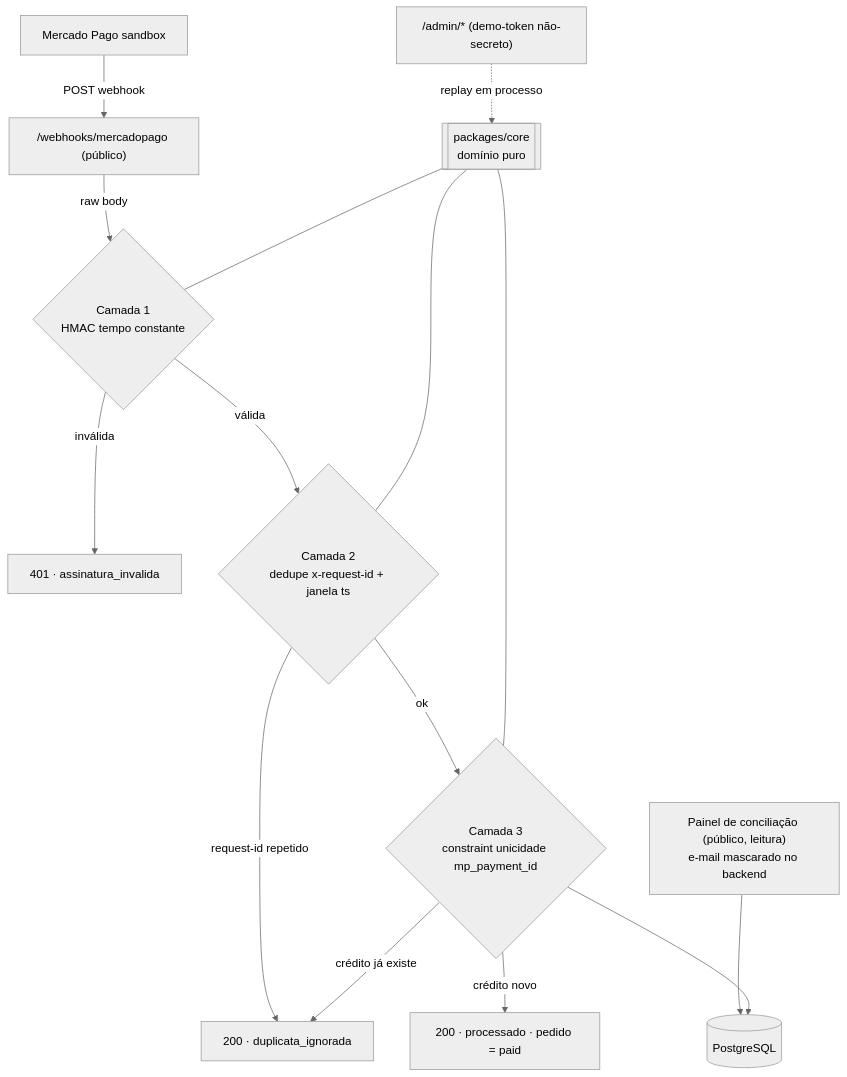
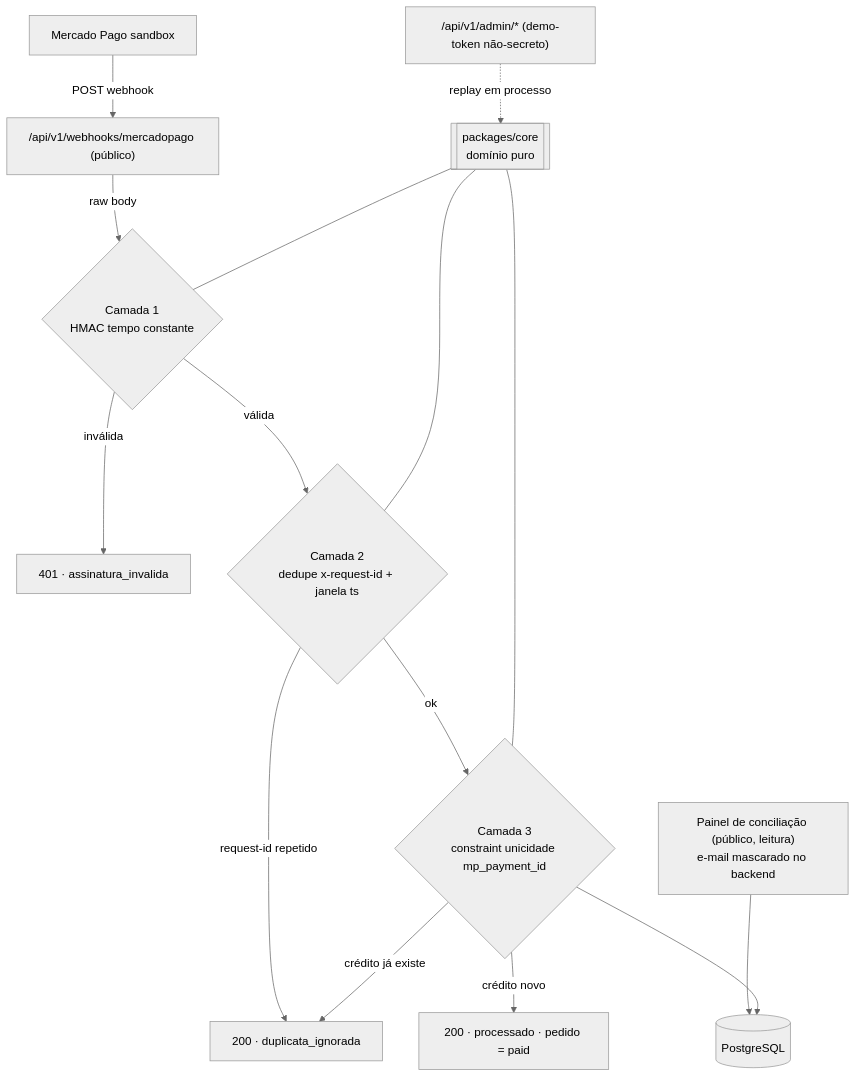
Before and after one commit to LayonVolsi/pix-live: the diagram in README.md, drawn with Mermaid (neutral theme). The commit also changed other lines of this file, not shown here.

````diff
--- a/README.md
+++ b/README.md
@@ -106,16 +106,16 @@
 ```mermaid
 flowchart TD
-    MP[Mercado Pago sandbox] -->|POST webhook| WH["/webhooks/mercadopago (público)"]
+    MP[Mercado Pago sandbox] -->|POST webhook| WH["/api/v1/webhooks/mercadopago (público)"]
     WH -->|raw body| L1{"Camada 1<br/>HMAC tempo constante"}
     L1 -->|inválida| R401[401 · assinatura_invalida]
     L1 -->|válida| L2{"Camada 2<br/>dedupe x-request-id + janela ts"}
     L2 -->|request-id repetido| DUP[200 · duplicata_ignorada]
     L2 -->|ok| L3{"Camada 3<br/>constraint unicidade mp_payment_id"}
     L3 -->|crédito já existe| DUP
     L3 -->|crédito novo| OK[200 · processado · pedido = paid]
 
-    ADMIN["/admin/* (demo-token não-secreto)"] -.->|replay em processo| CORE[["packages/core<br/>domínio puro"]]
+    ADMIN["/api/v1/admin/* (demo-token não-secreto)"] -.->|replay em processo| CORE[["packages/core<br/>domínio puro"]]
     CORE --- L1 & L2 & L3
     PANEL["Painel de conciliação (público, leitura)<br/>e-mail mascarado no backend"] --> DB[(PostgreSQL)]
     L3 --> DB
 ```
````
